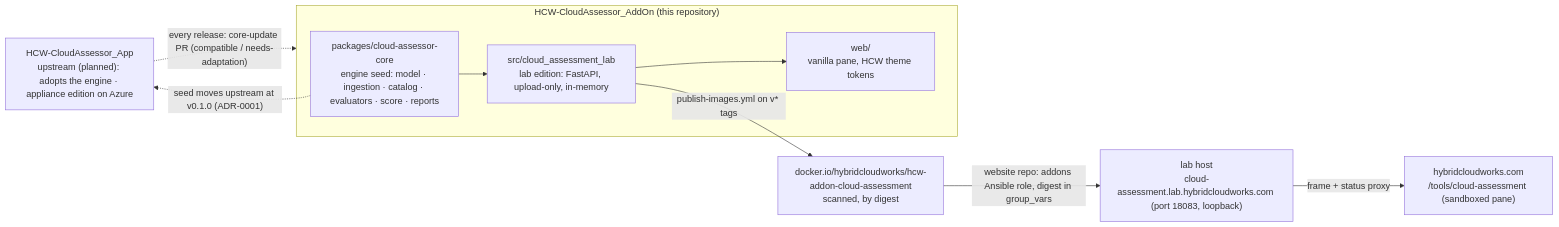
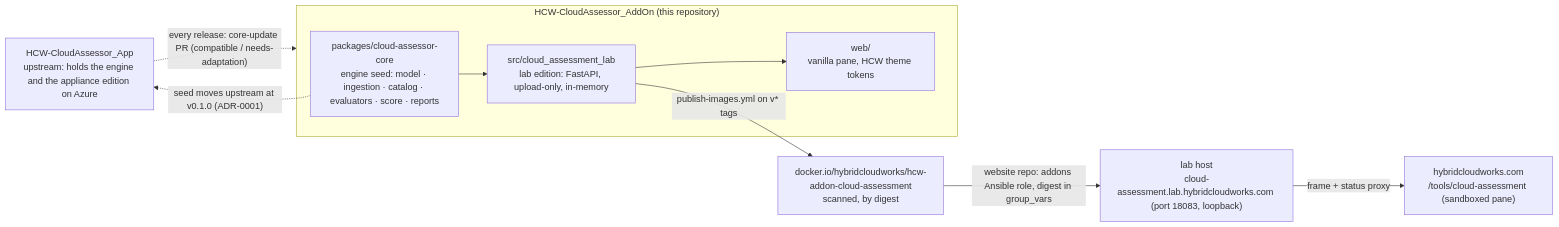
The diagram in README.md (saulpatinojr/HCW-CloudAssessor_AddOn), drawn with Mermaid before and after one commit. The commit also changed other lines of this file and 1 other file, not shown here.

First line of the commit message:
docs: README for a new visitor (where to try it; the App holds the engine) (#8)

````diff
--- a/README.md
+++ b/README.md
@@ -26,18 +30,18 @@
 ```mermaid
 flowchart LR
-  App["HCW-CloudAssessor_App<br/>upstream (planned): adopts the engine · appliance edition on Azure"]
+  App["HCW-CloudAssessor_App<br/>upstream: holds the engine and the appliance edition on Azure"]
   subgraph AddOn["HCW-CloudAssessor_AddOn (this repository)"]
     Core["packages/cloud-assessor-core<br/>engine seed: model · ingestion · catalog · evaluators · score · reports"]
     Lab["src/cloud_assessment_lab<br/>lab edition: FastAPI, upload-only, in-memory"]
     Pane["web/<br/>vanilla pane, HCW theme tokens"]
     Core --> Lab --> Pane
   end
   Image["docker.io/hybridcloudworks/hcw-addon-cloud-assessment<br/>scanned, by digest"]
   Host["lab host<br/>cloud-assessment.lab.hybridcloudworks.com (port 18083, loopback)"]
   Site["hybridcloudworks.com<br/>/tools/cloud-assessment (sandboxed pane)"]
   Lab -- "publish-images.yml on v* tags" --> Image
   Image -- "website repo: addons Ansible role, digest in group_vars" --> Host
   Host -- "frame + status proxy" --> Site
   Core -. "seed moves upstream at v0.1.0 (ADR-0001)" .-> App
   App -. "every release: core-update PR (compatible / needs-adaptation)" .-> AddOn
 ```
````
